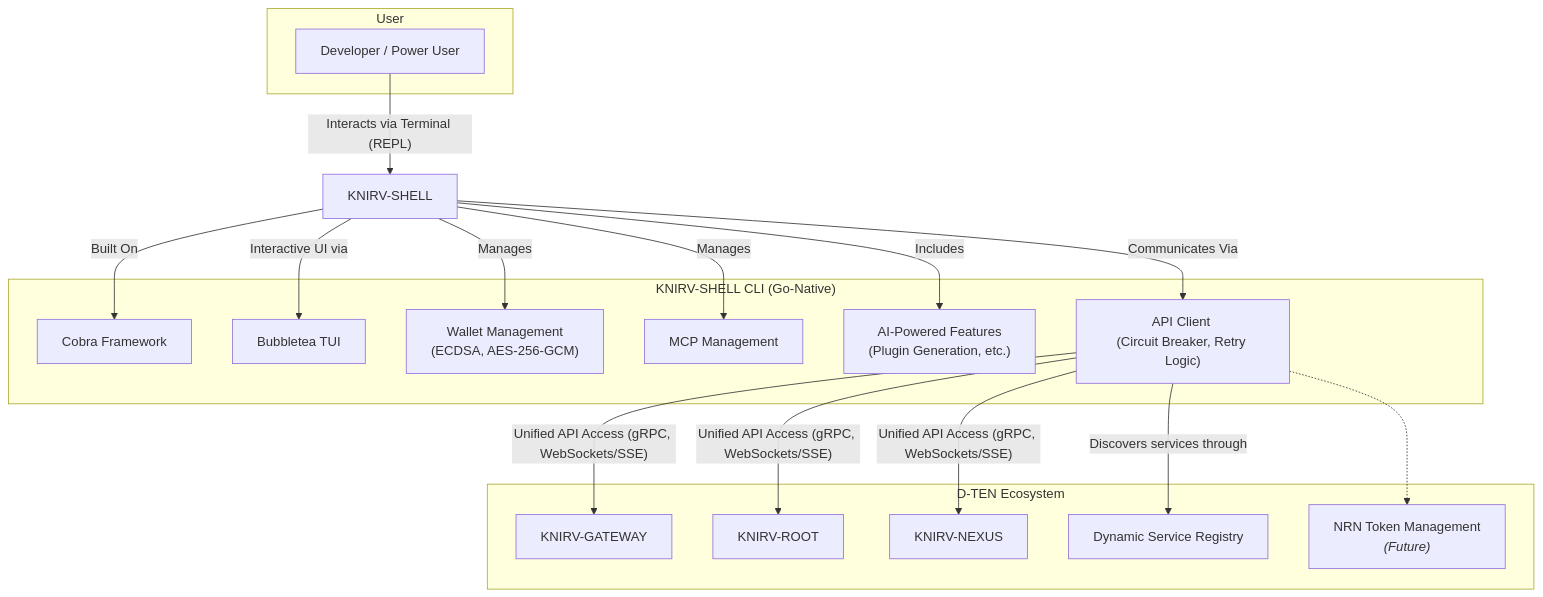
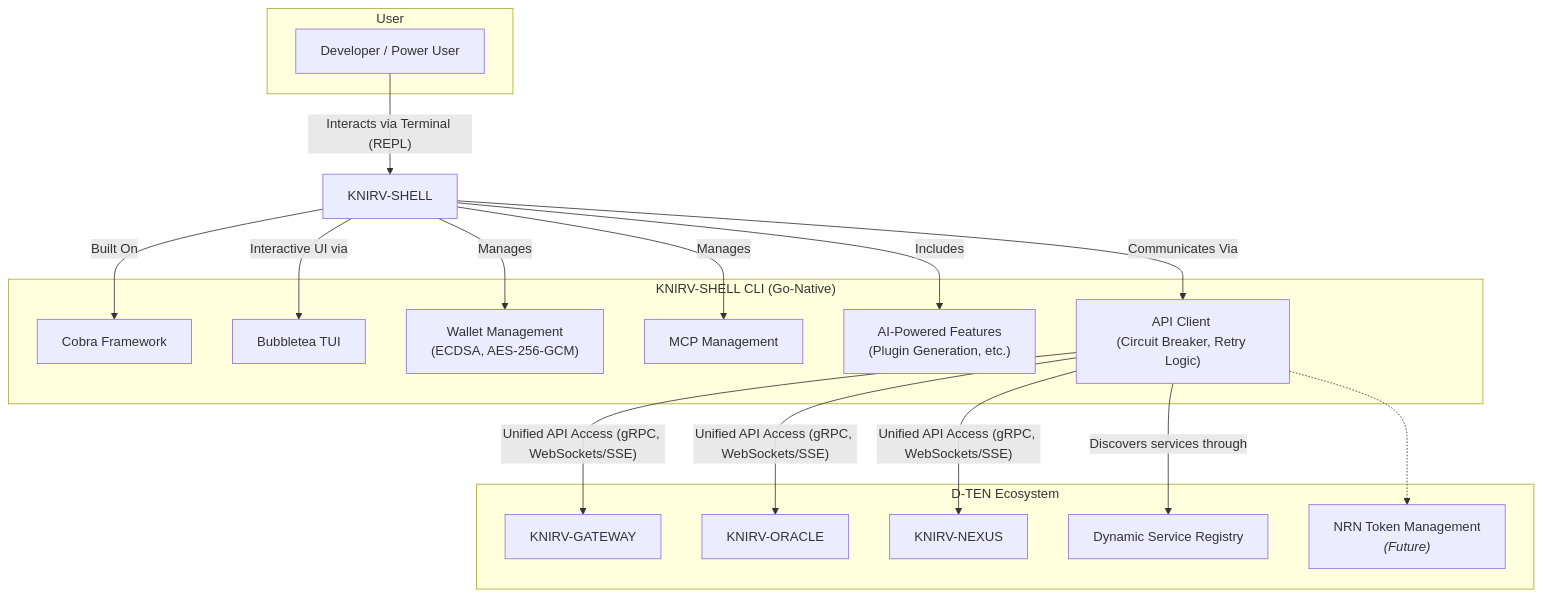
Before and after one commit to guiperry/KNIRV_NETWORK: the diagram in KNIRVGATEWAY/documentation/docsify/whitepapers/KNIRV-SHELL_Whitepapers.md, drawn with Mermaid. The commit also changed other lines of this file and 1956 other files, not shown here.

````diff
--- a/KNIRVGATEWAY/documentation/docsify/whitepapers/KNIRV-SHELL_Whitepapers.md
+++ b/KNIRVGATEWAY/documentation/docsify/whitepapers/KNIRV-SHELL_Whitepapers.md
@@ -29,40 +29,40 @@
 ```mermaid
 graph TD
     subgraph "User"
         U[Developer / Power User]
     end
 
     subgraph "KNIRV-SHELL CLI (Go-Native)"
         A[Cobra Framework]
         B[Bubbletea TUI]
         C["Wallet Management <br/>(ECDSA, AES-256-GCM)"]
         D[MCP Management]
         E["AI-Powered Features <br/>(Plugin Generation, etc.)"]
         F["API Client <br/>(Circuit Breaker, Retry Logic)"]
     end
 
     subgraph "D-TEN Ecosystem"
         G[KNIRV-GATEWAY]
-        H[KNIRV-ROOT]
+        H[KNIRV-ORACLE]
         I[KNIRV-NEXUS]
         J[Dynamic Service Registry]
         K["NRN Token Management <br/><i>(Future)</i>"]
     end
 
     U -- "Interacts via Terminal (REPL)" --> KNIRV-SHELL
 
     KNIRV-SHELL -- "Built On" --> A
     KNIRV-SHELL -- "Interactive UI via" --> B
     KNIRV-SHELL -- "Manages" --> C
     KNIRV-SHELL -- "Manages" --> D
     KNIRV-SHELL -- "Includes" --> E
     KNIRV-SHELL -- "Communicates Via" --> F
 
     F -- "Unified API Access (gRPC, WebSockets/SSE)" --> G
     F -- "Unified API Access (gRPC, WebSockets/SSE)" --> H
     F -- "Unified API Access (gRPC, WebSockets/SSE)" --> I
 
     F -- "Discovers services through" --> J
     F -.-> K
 
 ```
````
